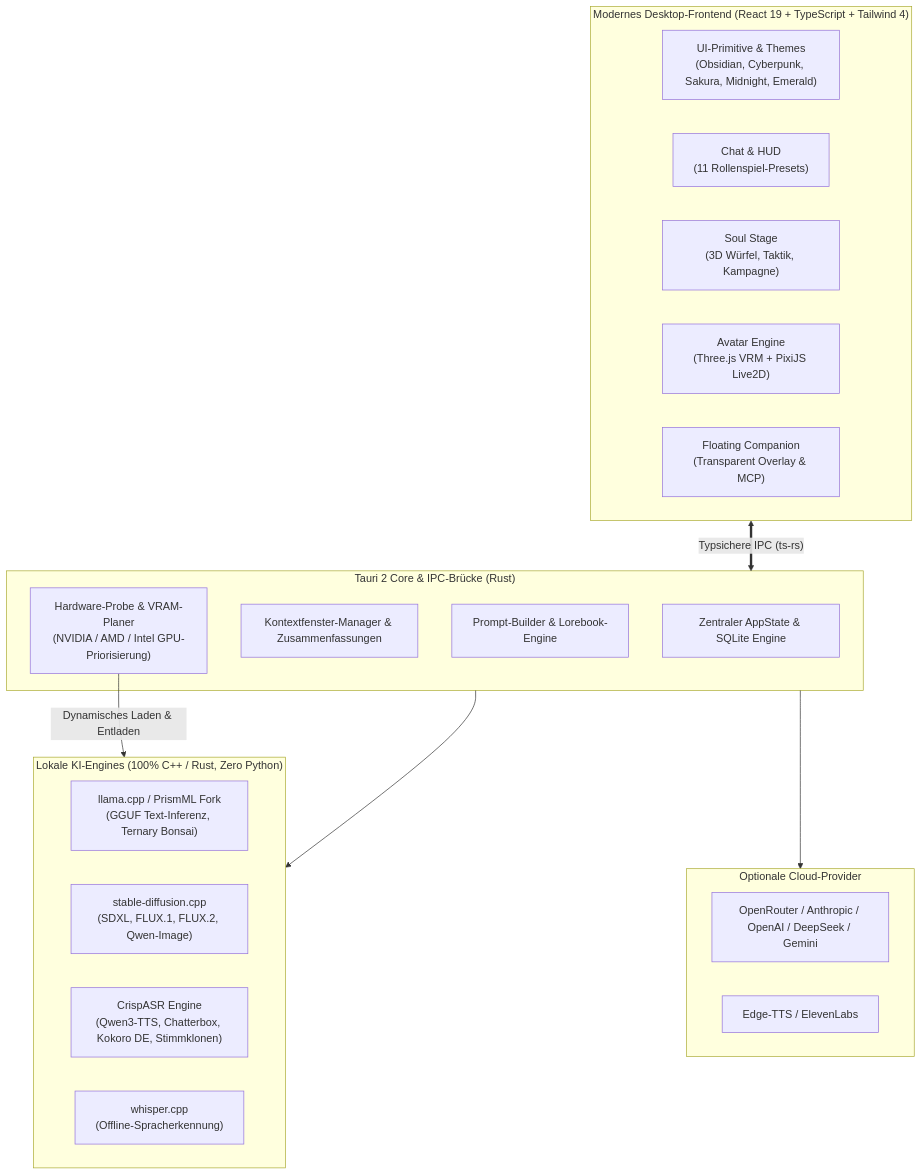
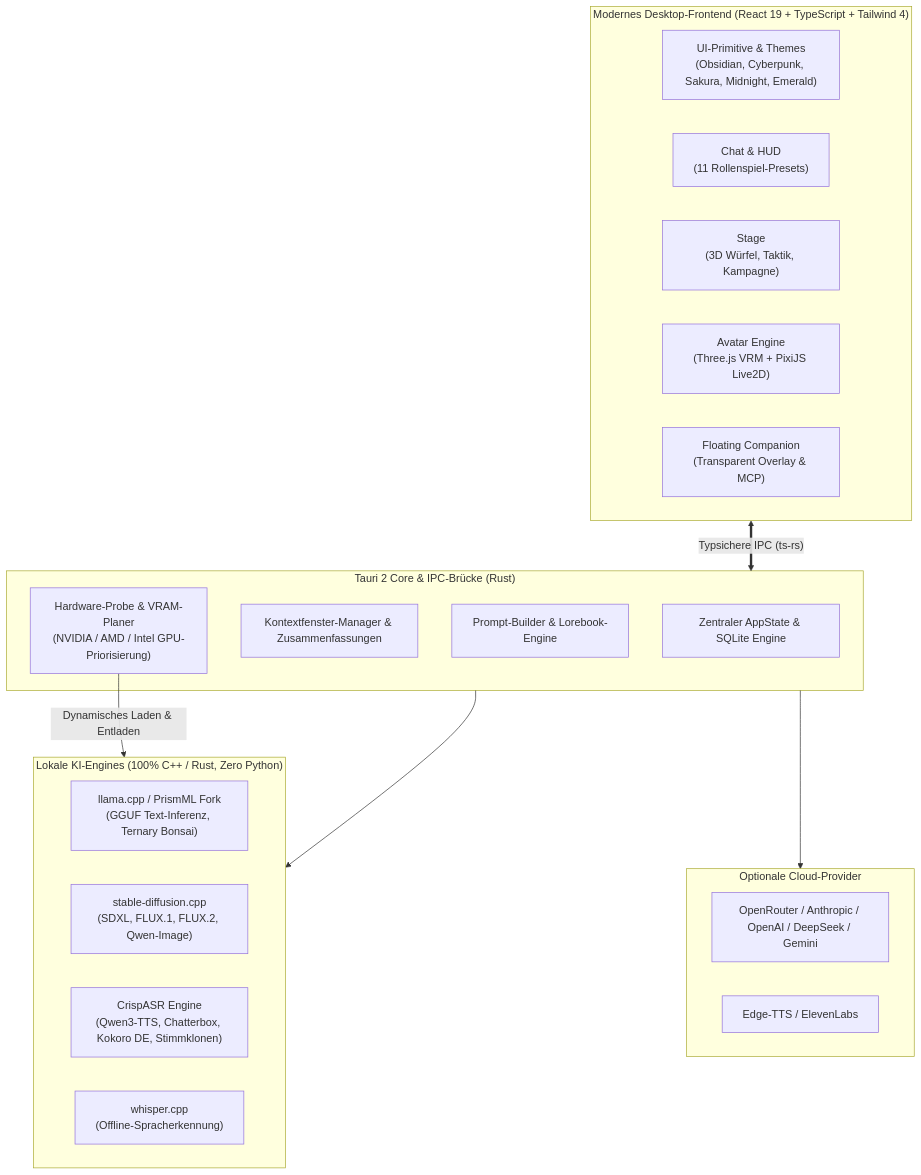
Before and after one commit to SnowwhiteOakheart/OtakuSoul: the first of 2 diagrams in README.md, drawn with Mermaid. The commit also changed other lines of this file and 6 other files, not shown here.

````diff
--- a/README.md
+++ b/README.md
@@ -155,34 +155,34 @@
 ```mermaid
 flowchart TD
     subgraph Frontend["Modernes Desktop-Frontend (React 19 + TypeScript + Tailwind 4)"]
         UI["UI-Primitive & Themes\n(Obsidian, Cyberpunk, Sakura, Midnight, Emerald)"]
         ChatUI["Chat & HUD\n(11 Rollenspiel-Presets)"]
-        StageUI["Soul Stage\n(3D Würfel, Taktik, Kampagne)"]
+        StageUI["Stage\n(3D Würfel, Taktik, Kampagne)"]
         AvatarUI["Avatar Engine\n(Three.js VRM + PixiJS Live2D)"]
         CompanionUI["Floating Companion\n(Transparent Overlay & MCP)"]
     end
 
     subgraph TauriCore["Tauri 2 Core & IPC-Brücke (Rust)"]
         State["Zentraler AppState & SQLite Engine"]
         ContextMgr["Kontextfenster-Manager & Zusammenfassungen"]
         PromptBuilder["Prompt-Builder & Lorebook-Engine"]
         HardwareSched["Hardware-Probe & VRAM-Planer\n(NVIDIA / AMD / Intel GPU-Priorisierung)"]
     end
 
     subgraph LocalEngines["Lokale KI-Engines (100% C++ / Rust, Zero Python)"]
         Llama["llama.cpp / PrismML Fork\n(GGUF Text-Inferenz, Ternary Bonsai)"]
         SD["stable-diffusion.cpp\n(SDXL, FLUX.1, FLUX.2, Qwen-Image)"]
         Crisp["CrispASR Engine\n(Qwen3-TTS, Chatterbox, Kokoro DE, Stimmklonen)"]
         Whisper["whisper.cpp\n(Offline-Spracherkennung)"]
     end
 
     subgraph CloudGateways["Optionale Cloud-Provider"]
         CloudLLM["OpenRouter / Anthropic / OpenAI / DeepSeek / Gemini"]
         CloudTTS["Edge-TTS / ElevenLabs"]
     end
 
     Frontend <==>|"Typsichere IPC (ts-rs)"| TauriCore
     HardwareSched -->|"Dynamisches Laden & Entladen"| LocalEngines
     TauriCore --> LocalEngines
     TauriCore --> CloudGateways
 ```
````
